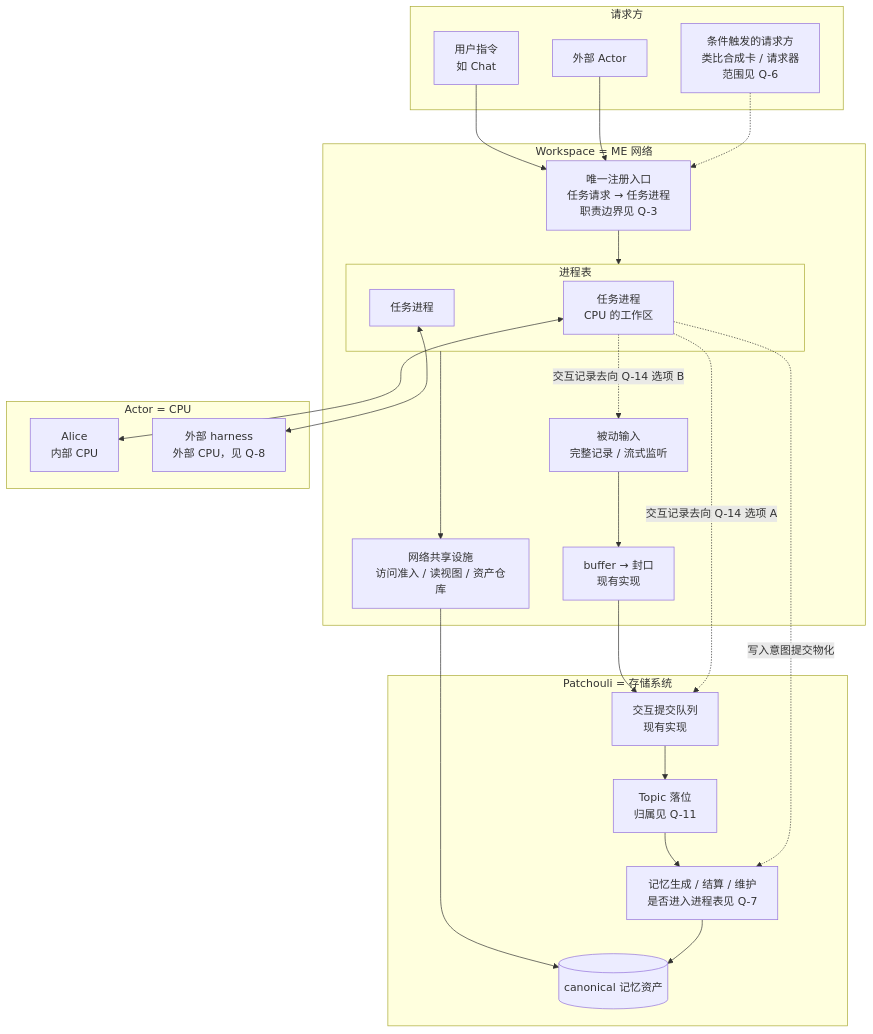
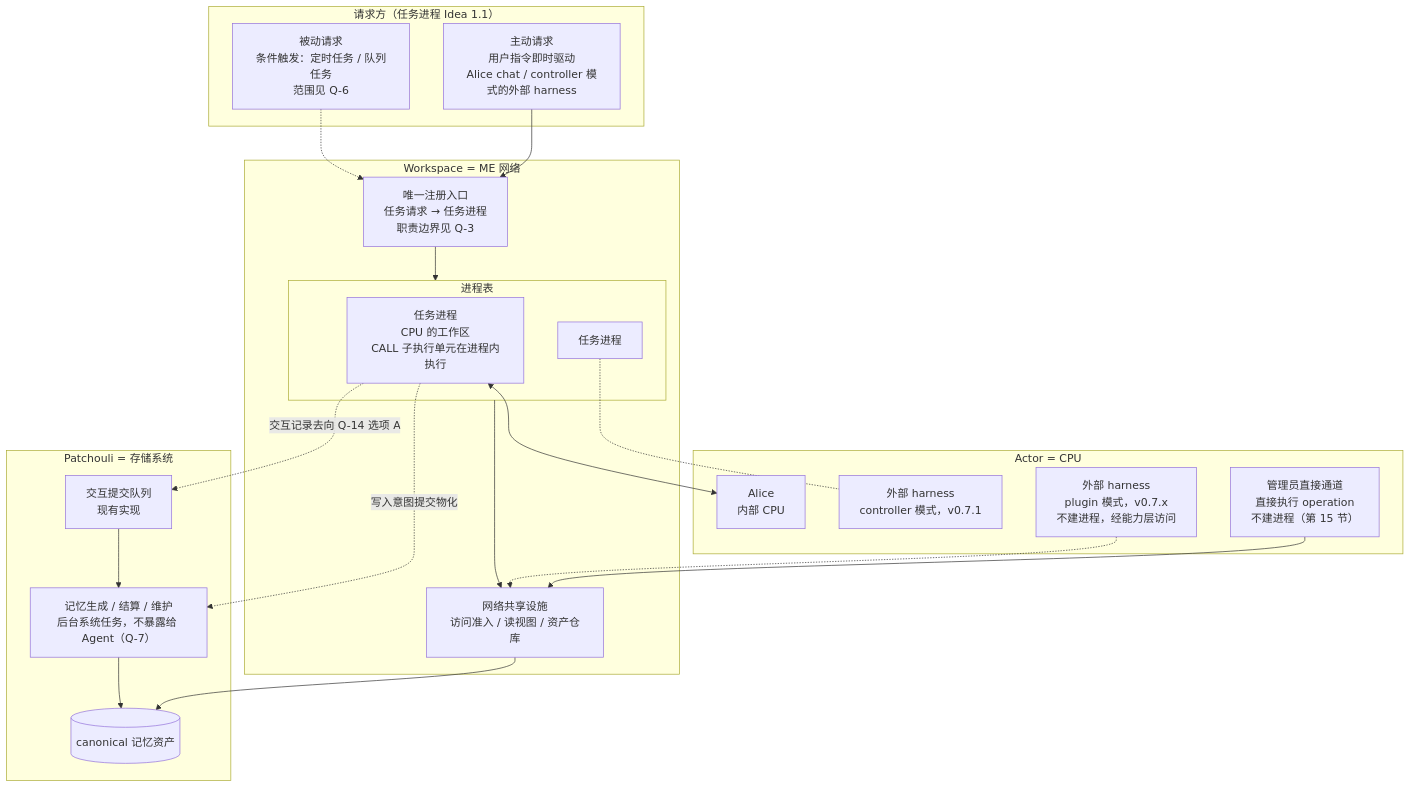
The second of 5 diagrams in docs/ideas/workspace-network-task-process-architecture.md (artemis03976/HiveMemory), drawn with Mermaid before and after one commit. The commit also changed other lines of this file and 11 other files, not shown here.

First line of the commit message:
docs:确定 v0.7.0 范围与首条迁移流程，外部 Actor 分为 plugin 与 controller 两种接入模式

````diff
--- a/docs/ideas/workspace-network-task-process-architecture.md
+++ b/docs/ideas/workspace-network-task-process-architecture.md
@@ -137,44 +144,42 @@
 ```mermaid
 flowchart TB
-    subgraph REQS["请求方"]
-        U["用户指令<br/>如 Chat"]
-        EA["外部 Actor"]
-        TRG["条件触发的请求方<br/>类比合成卡 / 请求器<br/>范围见 Q-6"]
+    subgraph REQS["请求方（任务进程 Idea 1.1）"]
+        ACT["主动请求<br/>用户指令即时驱动<br/>Alice chat / controller 模式的外部 harness"]
+        PAS["被动请求<br/>条件触发：定时任务 / 队列任务<br/>范围见 Q-6"]
     end
 
     subgraph NET["Workspace = ME 网络"]
         ENTRY["唯一注册入口<br/>任务请求 → 任务进程<br/>职责边界见 Q-3"]
         subgraph PT["进程表"]
-            P1["任务进程<br/>CPU 的工作区"]
+            P1["任务进程<br/>CPU 的工作区<br/>CALL 子执行单元在进程内执行"]
             P2["任务进程"]
         end
         SHARED["网络共享设施<br/>访问准入 / 读视图 / 资产仓库"]
-        IMP["被动输入<br/>完整记录 / 流式监听"]
-        BUF["buffer → 封口<br/>现有实现"]
     end
 
     subgraph CPUS["Actor = CPU"]
         ALICE["Alice<br/>内部 CPU"]
-        HARN["外部 harness<br/>外部 CPU，见 Q-8"]
+        HARN["外部 harness<br/>controller 模式，v0.7.1"]
+        PLUG["外部 harness<br/>plugin 模式，v0.7.x<br/>不建进程，经能力层访问"]
+        ADMIN["管理员直接通道<br/>直接执行 operation<br/>不建进程（第 15 节）"]
     end
 
     subgraph LIB["Patchouli = 存储系统"]
         SUBQ["交互提交队列<br/>现有实现"]
-        PLACE["Topic 落位<br/>归属见 Q-11"]
-        GEN["记忆生成 / 结算 / 维护<br/>是否进入进程表见 Q-7"]
+        GEN["记忆生成 / 结算 / 维护<br/>后台系统任务，不暴露给 Agent（Q-7）"]
         STORE[("canonical 记忆资产")]
     end
 
-    U --> ENTRY
-    EA --> ENTRY
-    TRG -.-> ENTRY
+    ACT --> ENTRY
+    PAS -.-> ENTRY
     ENTRY --> PT
     P1 <--> ALICE
-    P2 <--> HARN
+    P2 -.- HARN
+    ADMIN --> SHARED
+    PLUG -.-> SHARED
     PT --> SHARED
     SHARED --> STORE
-    IMP --> BUF --> SUBQ --> PLACE --> GEN --> STORE
+    SUBQ --> GEN --> STORE
     P1 -. "交互记录去向 Q-14 选项 A" .-> SUBQ
-    P1 -. "交互记录去向 Q-14 选项 B" .-> IMP
     P1 -. "写入意图提交物化" .-> GEN
 ```
````
